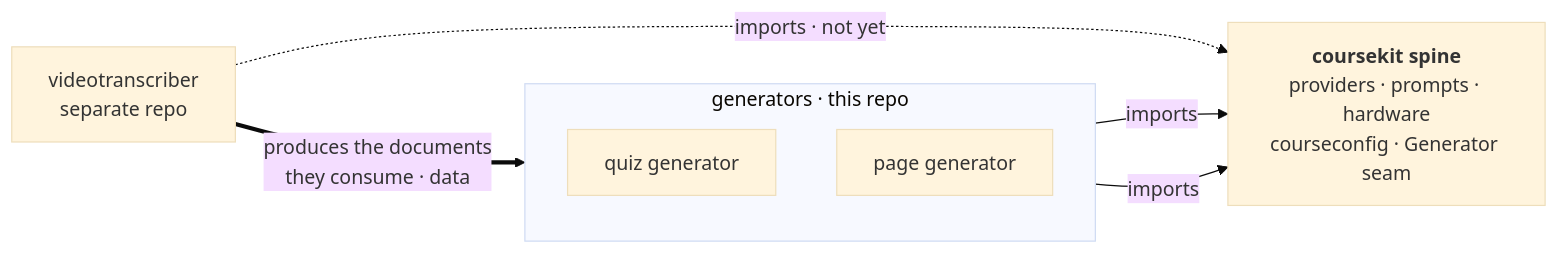
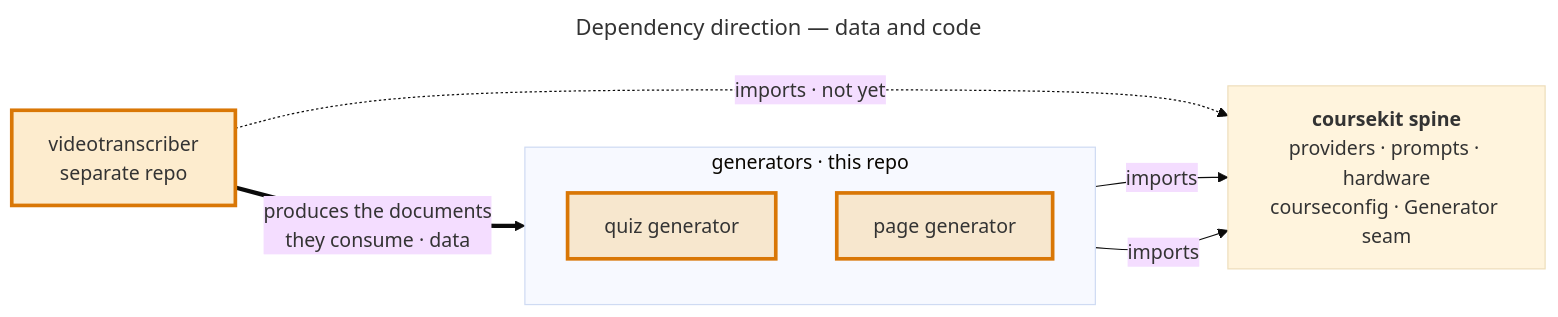
Before and after one commit to andrew-atkinson/courseKit: the sixth of 6 diagrams in agent/architecture.md, drawn with Mermaid (base theme). The commit also changed other lines of this file and 4 other files, not shown here.

Commit message:
docs: CORE-2 step 5 — architecture.md re-verified; diagrams render-checked, traced, titled, keyed, model-run parts marked, coursekit verbs bounded; presented page republished; agents.md refreshed; GIFT re-emit parked as SHIP-8; CORE-2 complete

````diff
--- a/agent/architecture.md
+++ b/agent/architecture.md
@@ -202,17 +350,24 @@
 ```mermaid
+---
+title: Dependency direction — data and code
+---
 flowchart LR
     VT["videotranscriber<br/>separate repo"]
 
     subgraph GENS [" generators · this repo "]
         direction TB
         QZ["quiz generator"]
         PG["page generator"]
     end
 
     CK["<b>coursekit spine</b><br/>providers · prompts · hardware<br/>courseconfig · Generator seam"]
 
     VT == "produces the documents<br/>they consume · data" ==> GENS
     QZ -- "imports" --> CK
     PG -- "imports" --> CK
     VT -. "imports · not yet" .-> CK
+
+    classDef model fill:#f59e0b33,stroke:#d97706,stroke-width:3px
+    classDef maybe fill:#f59e0b14,stroke:#d97706,stroke-width:2px,stroke-dasharray:6 4
+    class VT,QZ,PG model
 ```
````
